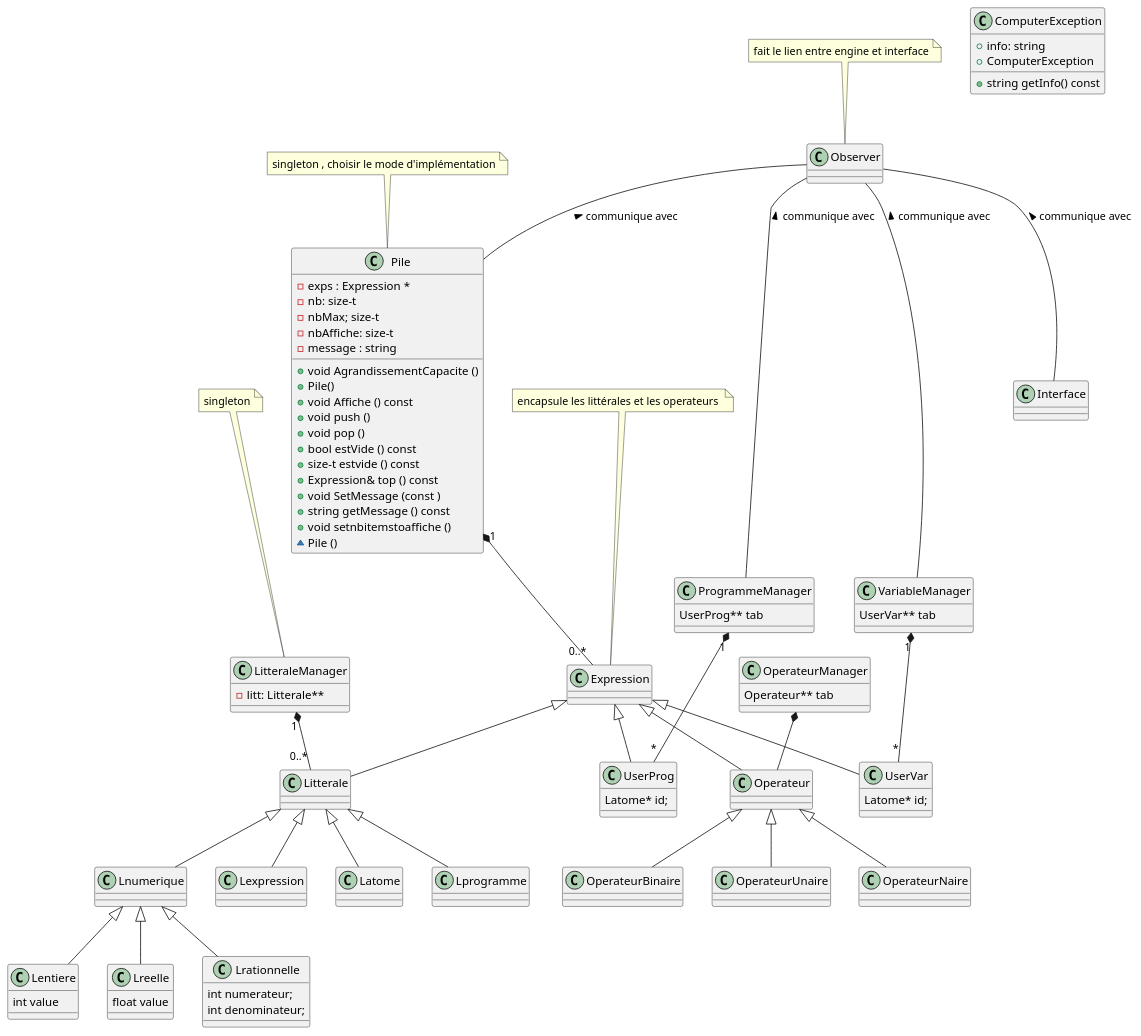
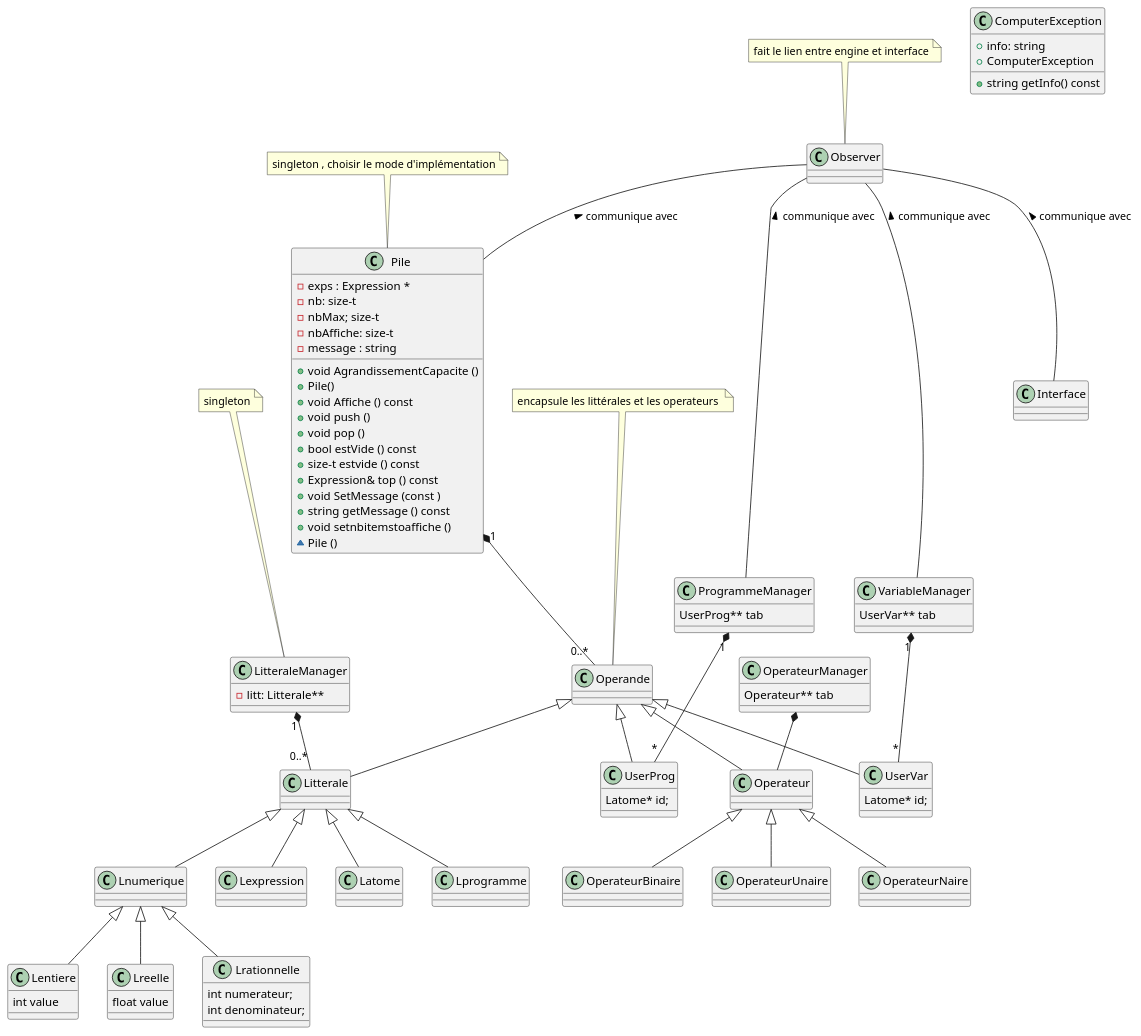
The diagram in etudes_de_projet/UML.PLANTUML (StephaneBranly/LO21-RPN-Calculator), drawn with PlantUML before and after one commit.

```diff
--- a/etudes_de_projet/UML.PLANTUML
+++ b/etudes_de_projet/UML.PLANTUML
@@ -1,146 +1,146 @@
 @startuml
 class Pile {
   -exps : Expression *
   -nb: size-t
   -nbMax; size-t
   -nbAffiche: size-t
   -message : string 
   +void AgrandissementCapacite ()
   +Pile() 
   +void Affiche () const
   +void push ()
   +void pop ()
   +bool estVide () const
   +size-t estvide () const
   +Expression& top () const 
   +void SetMessage (const )
   +string getMessage () const 
   +void setnbitemstoaffiche ()
   ~Pile ()
 }
 note top 
 singleton , choisir le mode d'implémentation
 end note
 
 
 
 class Interface {
 }
 
 class Observer {
   
 }
 note top 
 fait le lien entre engine et interface
 end note
 Observer -- Pile : < communique avec
 Observer -- VariableManager : < communique avec
 Observer -- ProgrammeManager : < communique avec
 Observer -- Interface : < communique avec
 
 
 
 
 
 
-class Expression{
+class Operande{
 }
 note top 
 encapsule les littérales et les operateurs 
 end note 
-Expression <|-- Litterale
-Expression <|-- Operateur
-Expression <|-- UserVar
-Expression <|-- UserProg
+Operande <|-- Litterale
+Operande <|-- Operateur
+Operande <|-- UserVar
+Operande <|-- UserProg
 
 
 
 
 
 class OperateurManager {
 Operateur** tab 
 }
 class Operateur {
 }
 class OperateurBinaire {
 }
 class OperateurUnaire {
 }
 class OperateurNaire {
 }
 Operateur <|-- OperateurBinaire 
 Operateur <|-- OperateurUnaire 
 Operateur <|-- OperateurNaire
 OperateurManager *-- Operateur
 
 
 
 class ComputerException {
   +info: string
   +ComputerException
   +string getInfo() const
 }
 
 
 
 class LitteraleManager{
 -litt: Litterale**
 }
 note top 
 singleton
 end note
 
 class Litterale{
 }
 
 class Lprogramme{}
 class Lnumerique{}
 
 class Lentiere {
 int value
 }
 
 class Lreelle{
 float value
 }
 class Lrationnelle{
 int numerateur; 
 int denominateur; 
 }
 class Lexpression{}
 class Latome {}
 
 
 
 
 
 class UserVar{
 Latome* id; 
 }
 class UserProg{
 Latome* id; 
 }
 class VariableManager { 
 UserVar** tab
 }
 class ProgrammeManager { 
 UserProg** tab
 } 
 VariableManager "1" *-- "*"UserVar
 ProgrammeManager "1" *-- "*"UserProg
 
 
 
 
 
 
 LitteraleManager "1" *-- "0..*" Litterale
-Pile "1" *-- "0..*" Expression
+Pile "1" *-- "0..*" Operande
 Litterale <|--  Lprogramme
 Litterale <|--  Lnumerique
 Litterale <|--  Lexpression
 Litterale <|-- Latome
 Lnumerique <|--  Lentiere
 Lnumerique <|--  Lreelle
 Lnumerique <|--  Lrationnelle
 @enduml
```
